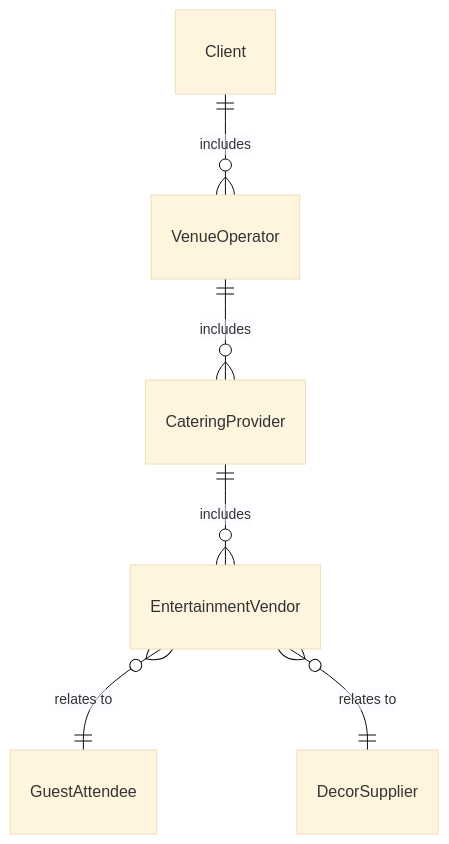
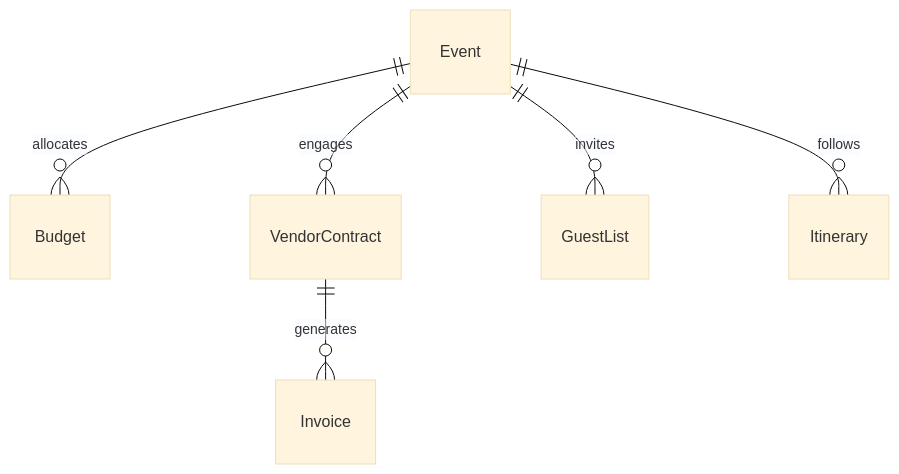
The first of 4 diagrams in GuidingDirectingAndMotivatingSubordinates/CoordinateGroupCommunityOrPublicActivities/OrganizeSpecialEvents.mdx (dot-org-ai/tasks.org.ai), drawn with Mermaid (base theme) before and after one commit. The commit also changed other lines of this file and 515 other files, not shown here.

````diff
--- a/GuidingDirectingAndMotivatingSubordinates/CoordinateGroupCommunityOrPublicActivities/OrganizeSpecialEvents.mdx
+++ b/GuidingDirectingAndMotivatingSubordinates/CoordinateGroupCommunityOrPublicActivities/OrganizeSpecialEvents.mdx
@@ -90,8 +90,8 @@
 ```mermaid
 erDiagram
-    Client ||--o{ VenueOperator : includes
-    VenueOperator ||--o{ CateringProvider : includes
-    CateringProvider ||--o{ EntertainmentVendor : includes
-    EntertainmentVendor }o--|| GuestAttendee : "relates to"
-    EntertainmentVendor }o--|| DecorSupplier : "relates to"
+    Event ||--o{ Budget : allocates
+    Event ||--o{ VendorContract : engages
+    Event ||--o{ GuestList : invites
+    Event ||--o{ Itinerary : follows
+    VendorContract ||--o{ Invoice : generates
 ```
````
